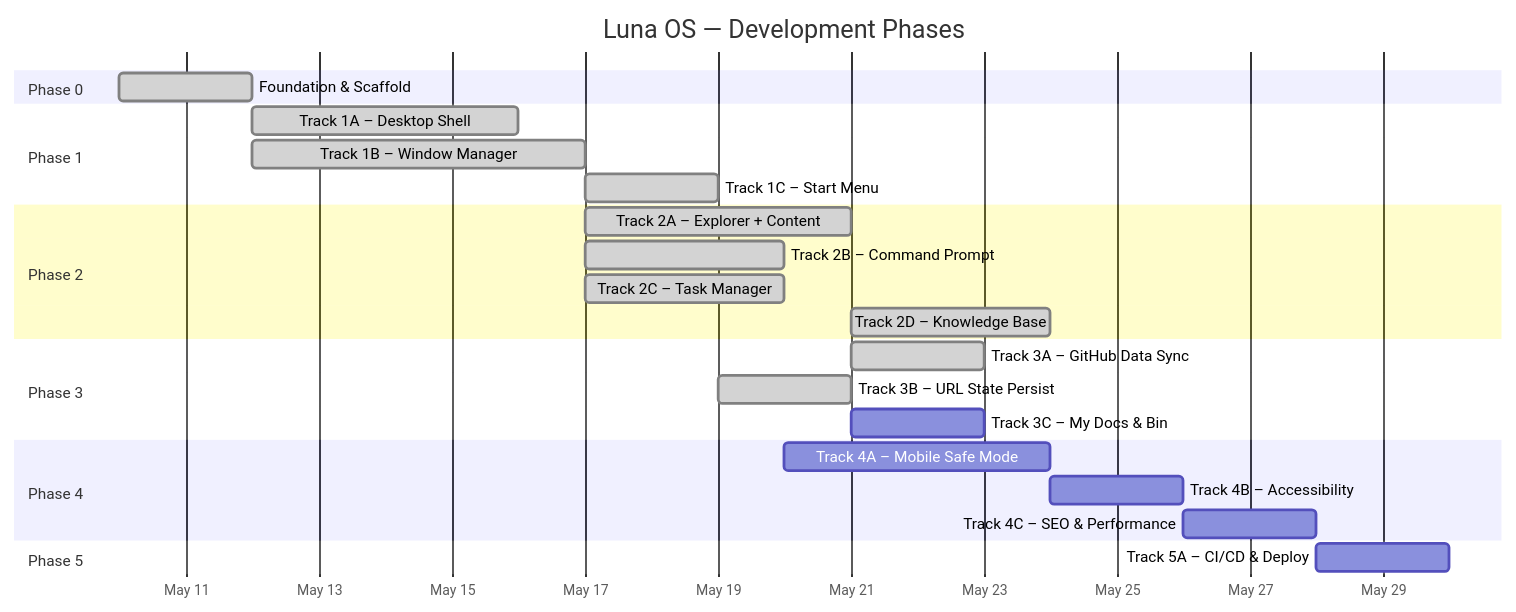
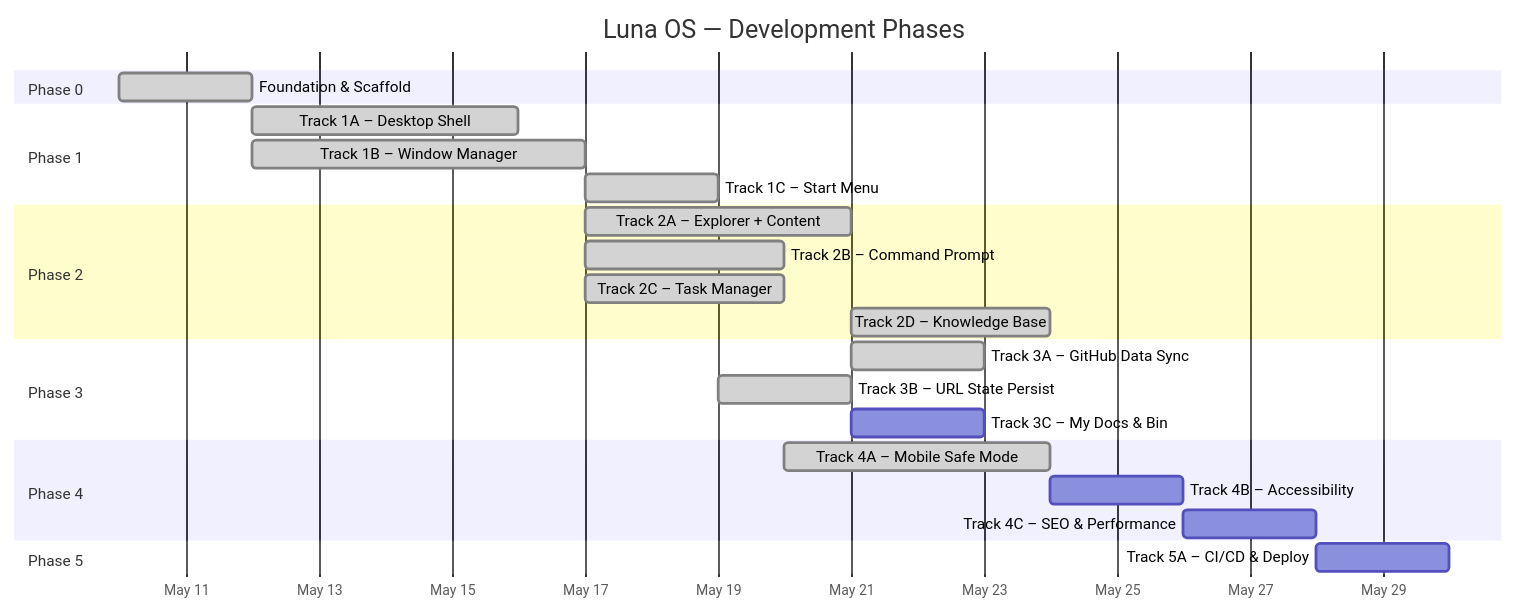
One commit to mansyar/portfolio-v3 changed the first of 2 diagrams in docs/ROADMAP.md. Above: the diagram before and after it, drawn with Mermaid. The commit also changed other lines of this file and 6 other files, not shown here.

First line of the commit message:
docs(conductor): Sync product documents for Track 4A — Mobile Safe Mode

````diff
--- a/docs/ROADMAP.md
+++ b/docs/ROADMAP.md
@@ -11,33 +11,33 @@
 ```mermaid
 gantt
     title Luna OS — Development Phases
     dateFormat  YYYY-MM-DD
     axisFormat  %b %d
 
     section Phase 0
     Foundation & Scaffold         :done, p0, 2026-05-10, 2d
 
     section Phase 1
     Track 1A – Desktop Shell      :done, p1a, after p0, 4d
     Track 1B – Window Manager     :done, p1b, after p0, 5d
     Track 1C – Start Menu         :done, p1c, after p1b, 2d
 
     section Phase 2
     Track 2A – Explorer + Content :done, p2a, after p1b, 4d
     Track 2B – Command Prompt     :done, p2b, after p1b, 3d
     Track 2C – Task Manager       :done, p2c, after p1b, 3d
     Track 2D – Knowledge Base     :done, p2d, after p2a, 3d
 
     section Phase 3
     Track 3A – GitHub Data Sync   :done, p3a, after p2a, 2d
     Track 3B – URL State Persist  :done, p3b, after p1c, 2d
     Track 3C – My Docs & Bin      :p3c, after p2a, 2d
 
     section Phase 4
-    Track 4A – Mobile Safe Mode   :p4a, after p2b, 4d
+    Track 4A – Mobile Safe Mode   :done, p4a, after p2b, 4d
     Track 4B – Accessibility      :p4b, after p4a, 2d
     Track 4C – SEO & Performance  :p4c, after p4b, 2d
 
     section Phase 5
     Track 5A – CI/CD & Deploy     :p5a, after p4c, 2d
 ```
````
